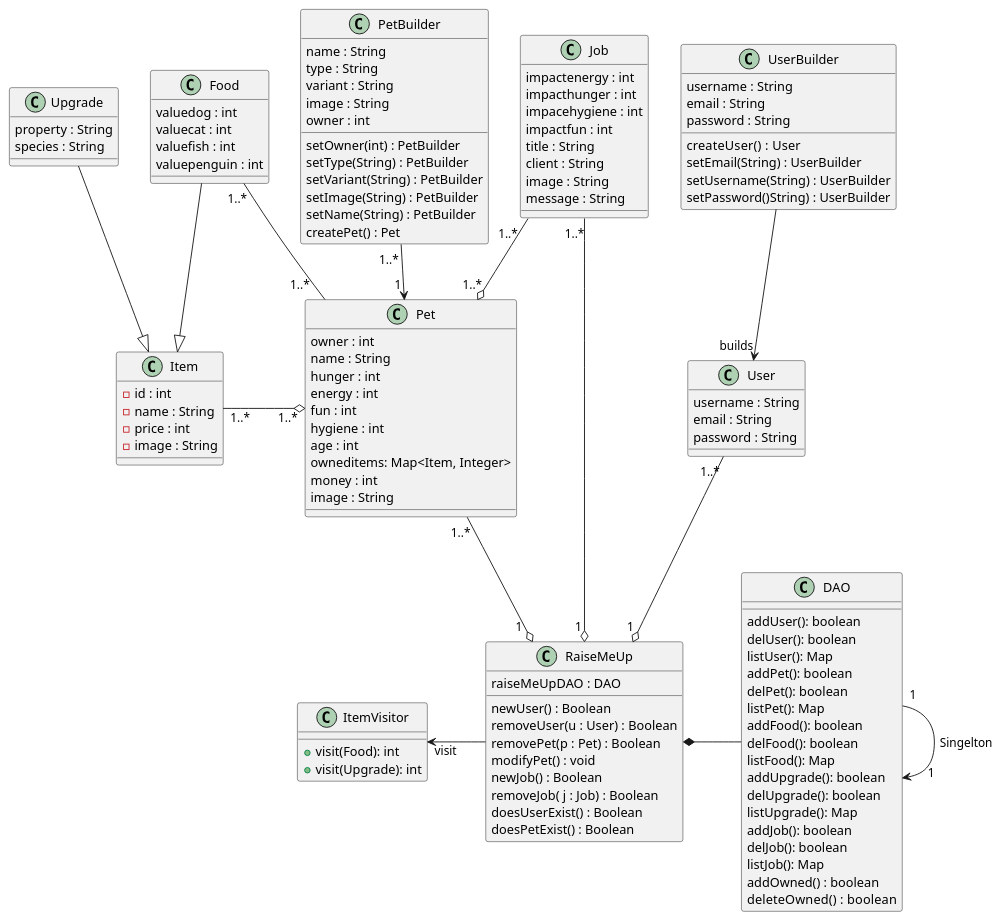
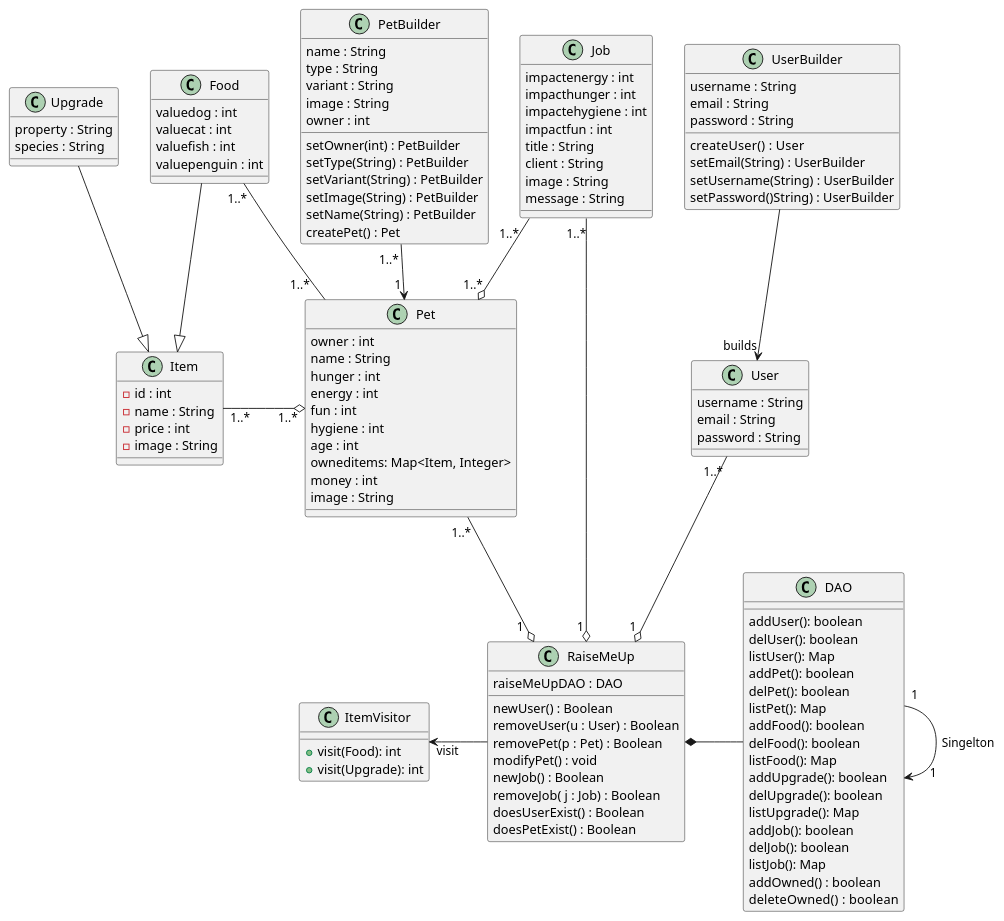
One commit to sh4r10/thesis-autogen-classdiagrams changed the diagram in artefacts/human-diagrams/p2.puml. Above: the diagram before and after it, drawn with PlantUML.

Commit message:
fix spelling p2.puml

```diff
--- a/artefacts/human-diagrams/p2.puml
+++ b/artefacts/human-diagrams/p2.puml
@@ -1,126 +1,126 @@
 @startuml
 class PetBuilder {
     name : String
     type : String
     variant : String
     image : String
     owner : int
 
     setOwner(int) : PetBuilder
     setType(String) : PetBuilder
     setVariant(String) : PetBuilder
     setImage(String) : PetBuilder
     setName(String) : PetBuilder
     createPet() : Pet
 }
 
 class Pet {
     owner : int
     name : String
     hunger : int
     energy : int
     fun : int
     hygiene : int
     age : int
     owneditems: Map<Item, Integer>
     money : int
     image : String
 }
 class User {
     username : String
     email : String
     password : String
 }
 class UserBuilder {
     username : String
     email : String
     password : String
 
     createUser() :  User
     setEmail(String) : UserBuilder
     setUsername(String) : UserBuilder
     setPassword()String) : UserBuilder
 }
 
 class Job {
     impactenergy : int
     impacthunger : int
-    impacehygiene : int
+    impactehygiene : int
     impactfun : int
     title : String
     client : String
     image : String
     message : String
 }
 class Food{
     valuedog : int
     valuecat : int
     valuefish : int
     valuepenguin : int
 }
 class Upgrade{
     property : String
     species : String
 }
 class Item {
     -id : int
     -name : String
     -price : int
     -image : String
 }
 class ItemVisitor {
     +visit(Food): int
     +visit(Upgrade): int
 }
 
 class RaiseMeUp {
     raiseMeUpDAO : DAO
     newUser() : Boolean
     removeUser(u : User) : Boolean
     removePet(p : Pet) : Boolean
     modifyPet() : void
     newJob() : Boolean
     removeJob( j : Job) : Boolean
     doesUserExist() : Boolean
     doesPetExist() : Boolean
 }
 
 class DAO {
     addUser(): boolean
     delUser(): boolean
     listUser(): Map
     addPet(): boolean
     delPet(): boolean
     listPet(): Map
     addFood(): boolean
     delFood(): boolean
     listFood(): Map
     addUpgrade(): boolean
     delUpgrade(): boolean
     listUpgrade(): Map
     addJob(): boolean
     delJob(): boolean
     listJob(): Map
     addOwned() : boolean
     deleteOwned() :  boolean
 }
 Upgrade -[hidden] Food
 
 Food --|> Item
 Upgrade --|> Item
 
 PetBuilder "1..* " --> "1 " Pet
 UserBuilder -d-> "builds" User
 
 Job "1..*  " --o "1..*"Pet
 Item "1..*" -r-o "1..*" Pet : \t\t
 RaiseMeUp -l-> "visit" ItemVisitor : \t
 Food "1..*"--"1..*   " Pet
 
 Job "1..*" --o "1 " RaiseMeUp
 User "1..*" --o "1 " RaiseMeUp
 Pet "1..*" --o "1  " RaiseMeUp
 
 DAO "1"--> "      1" DAO : "Singelton"
 DAO -l-* RaiseMeUp : \t
 @enduml
```
